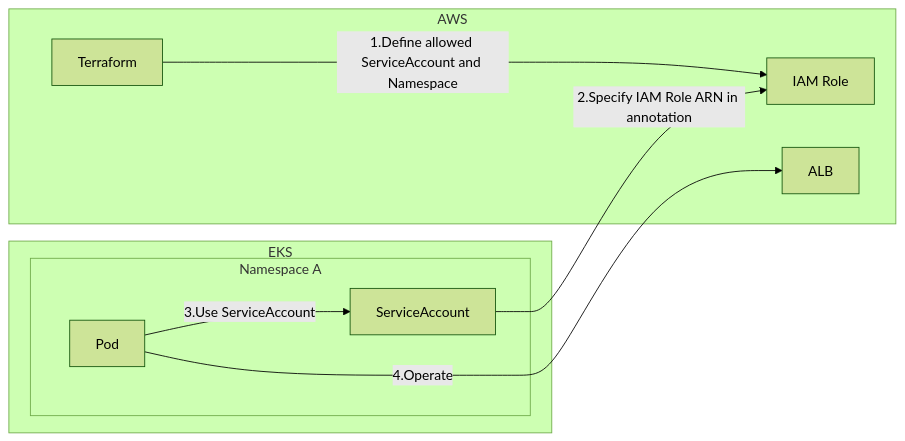
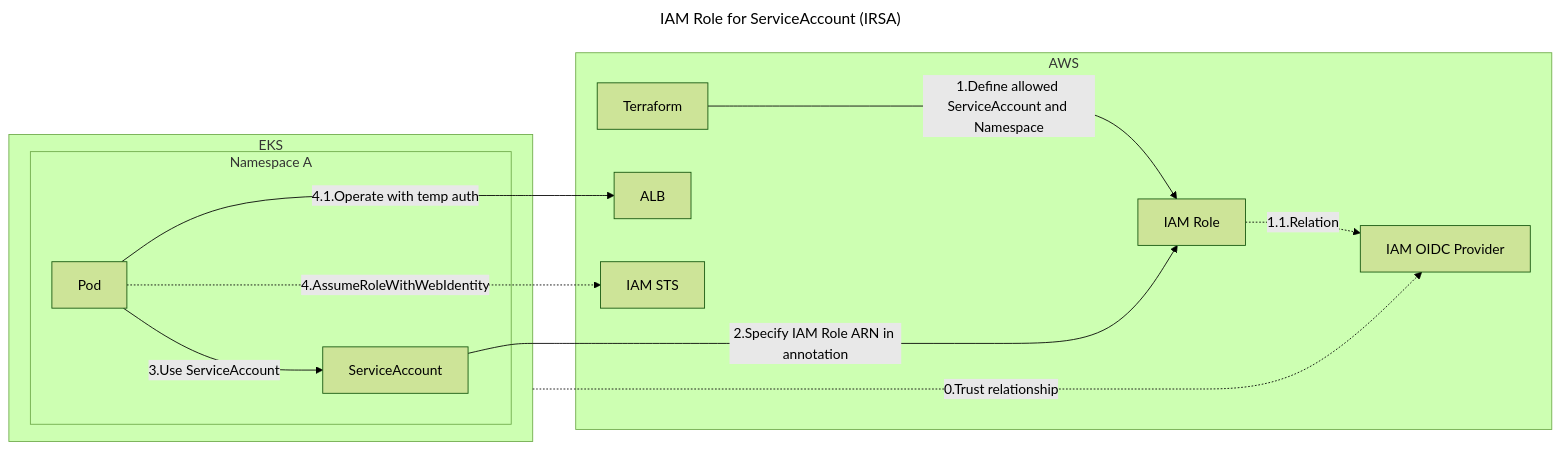
The second of 2 diagrams in README.md (guitarrapc/kubernetes-lab), drawn with Mermaid (forest theme) before and after one commit. The commit also changed other lines of this file, not shown here.

Commit message:
doc: update IRSA diagram

````diff
--- a/README.md
+++ b/README.md
@@ -59,18 +64,27 @@
 ```mermaid
+---
+title: IAM Role for ServiceAccount (IRSA)
+---
 flowchart LR
 subgraph AWS
   Terraform
   IAMRole["IAM Role"]
+  IAMOIDC["IAM OIDC Provider"]
   ALB
+  IAMSTS["IAM STS"]
 end
 subgraph EKS
   subgraph "Namespace A"
     ServiceAccount
     Pod
   end
 end
+
+EKS -."0.Trust relationship"....-> IAMOIDC
 Terraform --"1.Define allowed ServiceAccount and Namespace"---> IAMRole
+IAMRole -."1.1.Relation".-> IAMOIDC
 ServiceAccount --"2.Specify IAM Role ARN in annotation"--> IAMRole
 Pod --"3.Use ServiceAccount"--> ServiceAccount
-Pod --"4.Operate"---> ALB
+Pod -."4.AssumeRoleWithWebIdentity"..-> IAMSTS
+Pod --"4.1.Operate with temp auth"---> ALB
 ```
````
